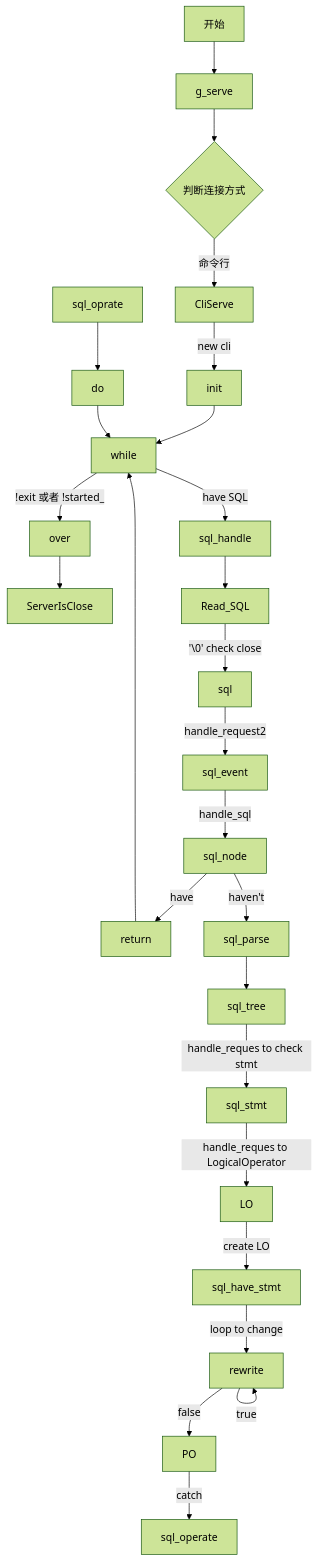
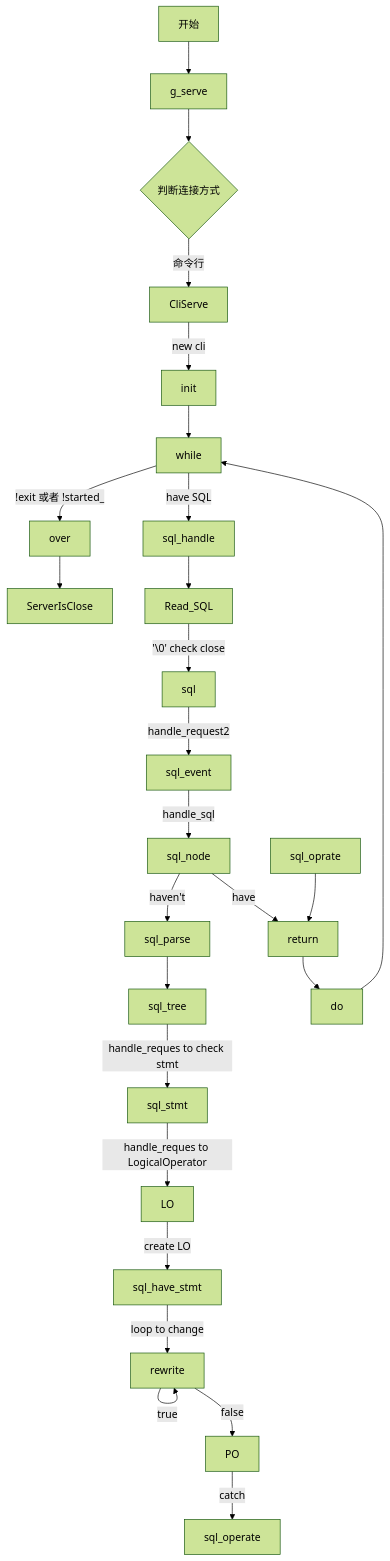
Before and after one commit to jyoushitou/Blog-Article: the diagram in article/2026_09_26.md, drawn with Mermaid (forest theme).

Commit message:
20260926v12

````diff
--- a/article/2026_09_26.md
+++ b/article/2026_09_26.md
@@ -208,28 +208,28 @@
 ```mermaid
 graph TD
   main[开始] --> g_serve
   g_serve --> serve{判断连接方式}
   serve -->|命令行| cli[CliServe]
   cli --> |new cli| init
   init --> while
   while --> |have SQL| sql_handle
   while --> |!exit 或者 !started_ | over
   over --> ServerIsClose
   sql_handle --> Read_SQL
   Read_SQL --> |'\0' check close| sql
   sql -->  |handle_request2| sql_event
   sql_event --> |handle_sql| sql_node
   sql_node --> |have| return 
-  return --> while
   sql_node --> |haven't| sql_parse
   sql_parse --> sql_tree
   sql_tree --> |handle_reques to check stmt| sql_stmt
   sql_stmt --> |handle_reques to LogicalOperator| LO
   LO --> |create LO| sql_have_stmt
   sql_have_stmt --> |loop to change| rewrite
   rewrite --> |true| rewrite
   rewrite --> |false| PO
   PO --> |catch| sql_operate
-  sql_oprate --> do
+  sql_oprate -->return  
+  return --> do
   do -->while
 ```
````
